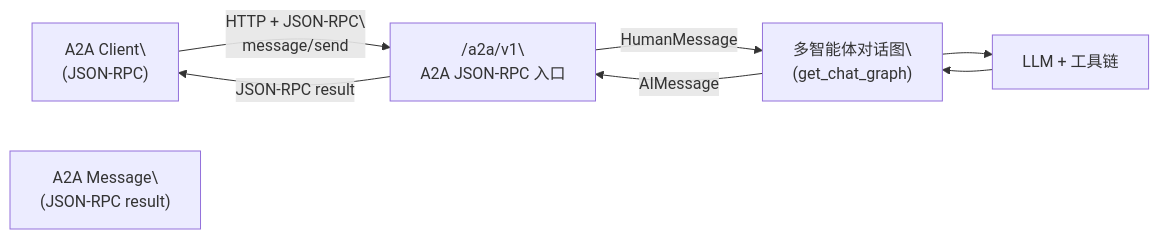
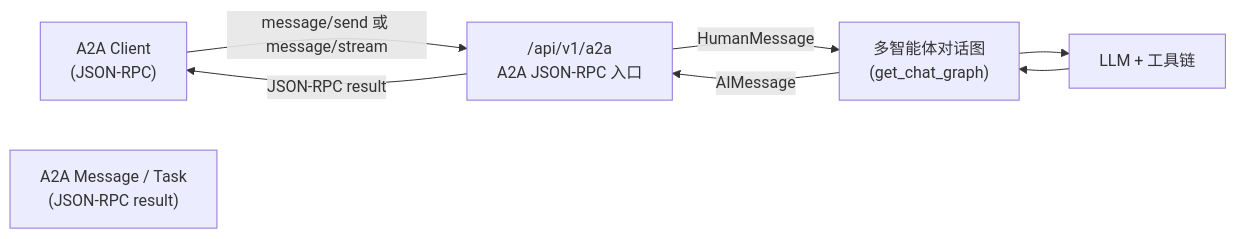
The diagram in docs/A2A_jsonrpc_usage.md (wssaidong/cus-ai-agent), drawn with Mermaid before and after one commit. The commit also changed other lines of this file and 8 other files, not shown here.

First line of the commit message:
feat: 支持 A2A JSON-RPC 流式接口

````diff
--- a/docs/A2A_jsonrpc_usage.md
+++ b/docs/A2A_jsonrpc_usage.md
@@ -32,13 +33,13 @@
 ```mermaid
 flowchart LR
-  A2AClient["A2A Client\\n(JSON-RPC)"]
-  RpcEndpoint["/a2a/v1\\nA2A JSON-RPC 入口"]
-  ChatGraph["多智能体对话图\\n(get_chat_graph)"]
+  A2AClient["A2A Client\n(JSON-RPC)"]
+  RpcEndpoint["/api/v1/a2a\nA2A JSON-RPC 入口"]
+  ChatGraph["多智能体对话图\n(get_chat_graph)"]
   LLM["LLM + 工具链"]
-  Reply["A2A Message\\n(JSON-RPC result)"]
+  Reply["A2A Message / Task\n(JSON-RPC result)"]
 
-  A2AClient -->|HTTP + JSON-RPC\\nmessage/send| RpcEndpoint
+  A2AClient -->|message/send 或 message/stream| RpcEndpoint
   RpcEndpoint -->|HumanMessage| ChatGraph
   ChatGraph --> LLM --> ChatGraph
   ChatGraph -->|AIMessage| RpcEndpoint -->|JSON-RPC result| A2AClient
 ```
````
